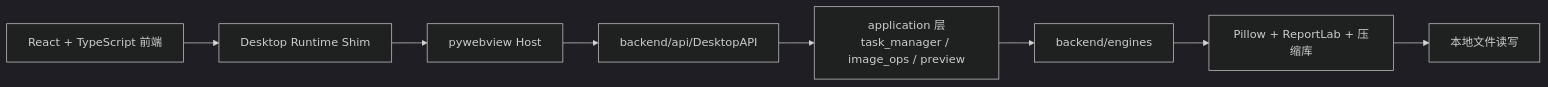
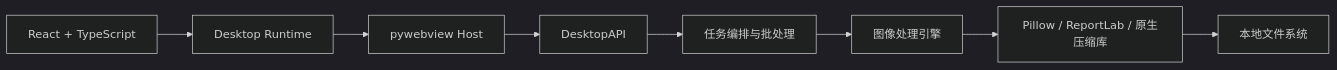
The second of 3 diagrams in README.md (lllll081926i/Imageflow), drawn with Mermaid (dark theme) before and after one commit. The commit also changed other lines of this file and 39 other files, not shown here.

````diff
--- a/README.md
+++ b/README.md
@@ -61,10 +136,10 @@
 ```mermaid
 flowchart LR
-    UI[React + TypeScript 前端] --> Bridge[Desktop Runtime Shim]
-    Bridge --> Host[pywebview Host]
-    Host --> API[backend/api/DesktopAPI]
-    API --> App[application 层<br/>task_manager / image_ops / preview]
-    App --> Engines[backend/engines]
-    Engines --> Libs[Pillow + ReportLab + 压缩库]
-    Libs --> IO[本地文件读写]
+    UI[React + TypeScript] --> Runtime[Desktop Runtime]
+    Runtime --> Host[pywebview Host]
+    Host --> API[DesktopAPI]
+    API --> Application[任务编排与批处理]
+    Application --> Engines[图像处理引擎]
+    Engines --> Native[Pillow / ReportLab / 原生压缩库]
+    Native --> Files[本地文件系统]
 ```
````
